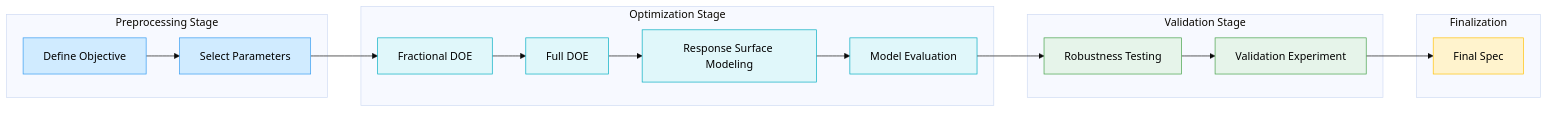
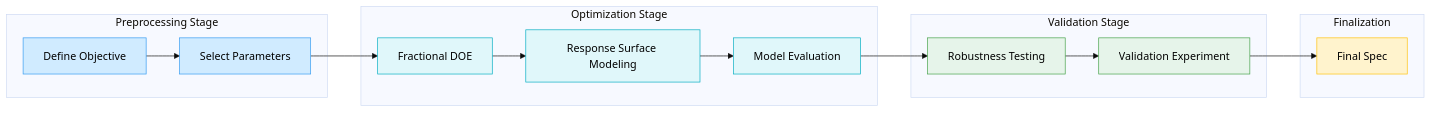
The first of 2 diagrams in README.md (df-lee/icpack-doe-cropping-opt), drawn with Mermaid (base theme) before and after one commit. The commit also changed other lines of this file, not shown here.

````diff
--- a/README.md
+++ b/README.md
@@ -5,48 +5,47 @@
 ```mermaid
 flowchart LR
     %% === Nodes ===
     A1[Define Objective]
     A2[Select Parameters]
 
     B1[Fractional DOE]
-    B2[Full DOE]
     B3[Response Surface Modeling]
     B4[Model Evaluation]
 
     C1[Robustness Testing]
     C2[Validation Experiment]
 
     D1[Final Spec]
 
     %% === Structure ===
     subgraph Preprocessing Stage
         A1 --> A2
     end
 
     subgraph Optimization Stage
-        B1 --> B2 --> B3 --> B4
+        B1 --> B3 --> B4
     end
 
     subgraph Validation Stage
         C1 --> C2
     end
 
     subgraph Finalization
         D1
     end
 
     A2 --> B1
     B4 --> C1
     C2 --> D1
 
     %% === Styling ===
     classDef preprocess fill:#d0ebff,stroke:#339af0,color:#000;
     classDef optimize fill:#e0f7fa,stroke:#00acc1,color:#000;
     classDef validate fill:#e6f4ea,stroke:#43a047,color:#000;
     classDef finalize fill:#fff3cd,stroke:#ffc107,color:#000;
 
     class A1,A2 preprocess;
-    class B1,B2,B3,B4 optimize;
+    class B1,B3,B4 optimize;
     class C1,C2 validate;
     class D1 finalize;
 ```
````
